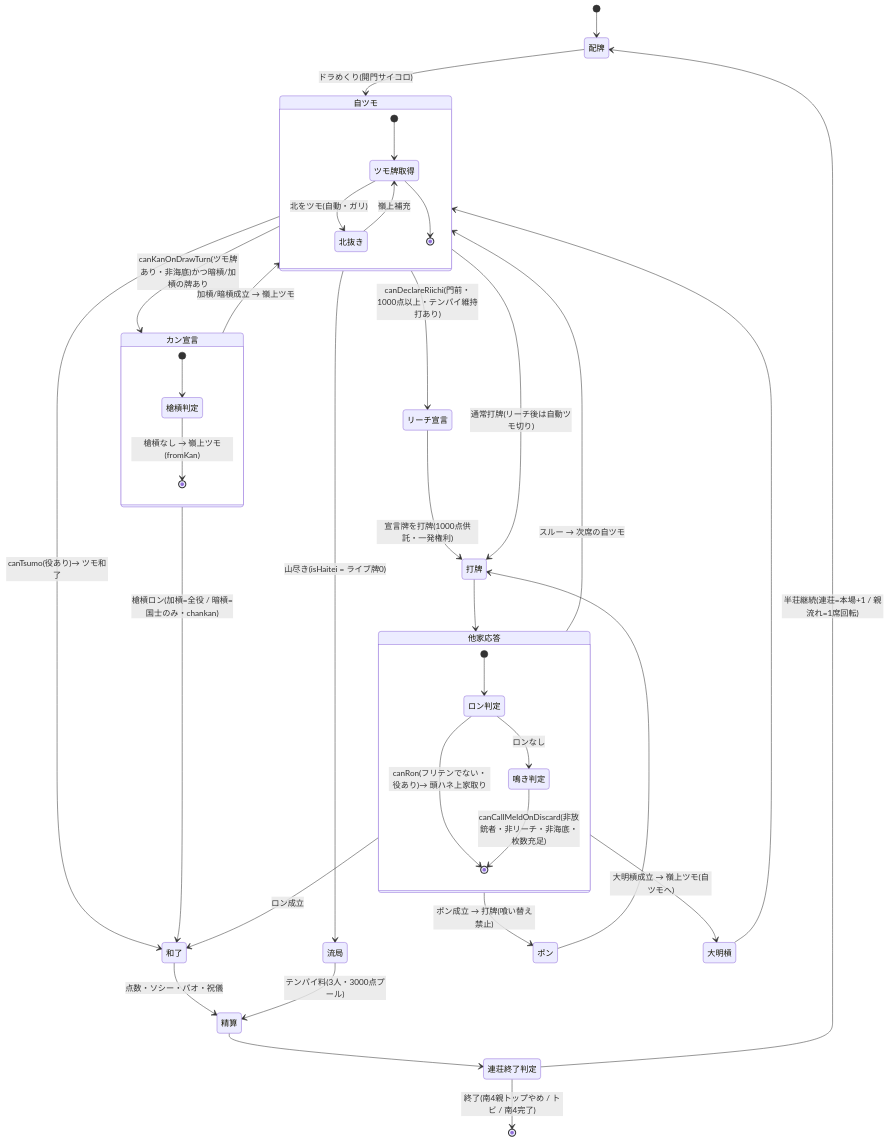
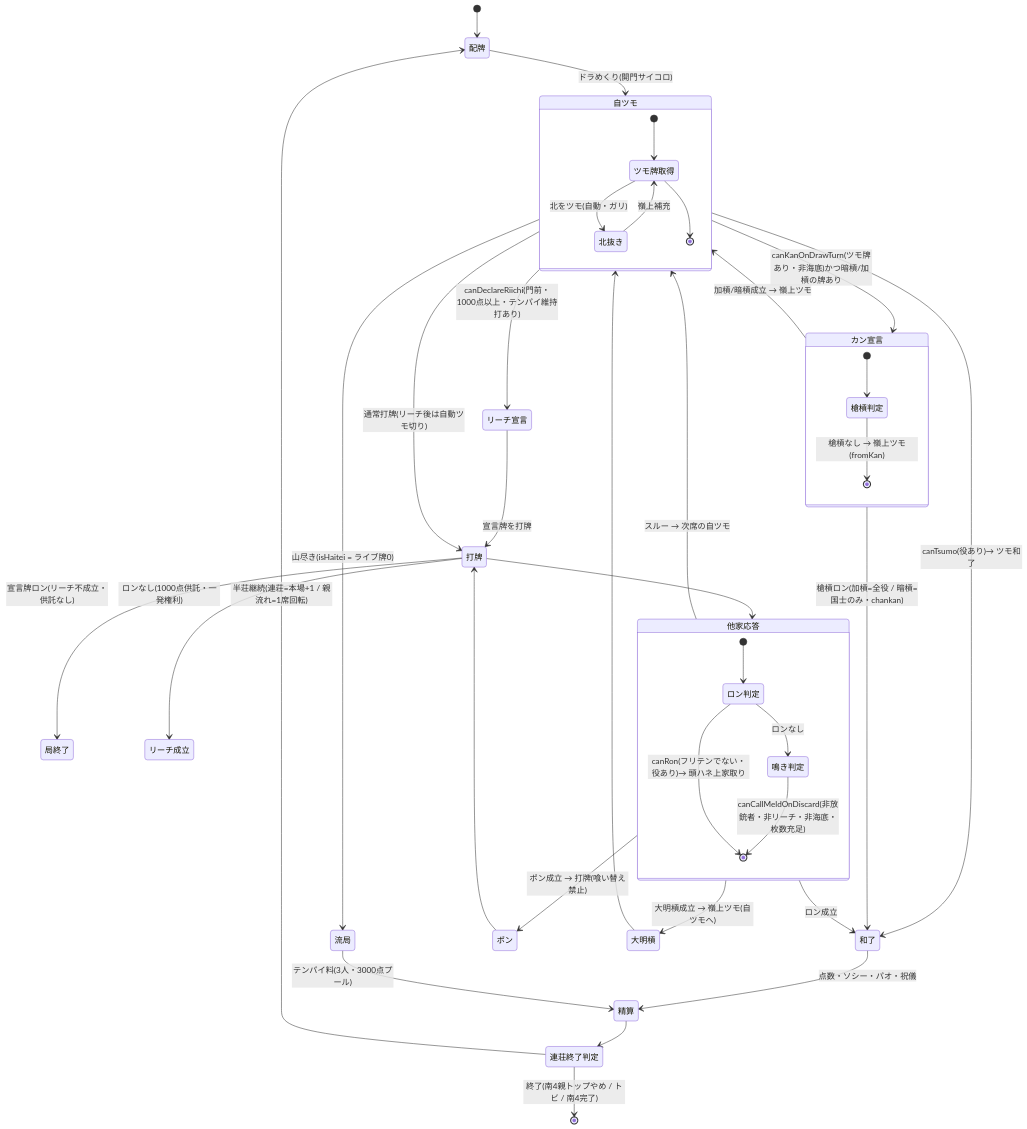
One commit to AutoDevJapan/FourBrosMahjong changed the second of 2 diagrams in documents/spec/game-flow.md. Above: the diagram before and after it, drawn with Mermaid. The commit also changed 4 other files, not shown here.

````diff
--- a/documents/spec/game-flow.md
+++ b/documents/spec/game-flow.md
@@ -38,46 +38,48 @@
 ```mermaid
 stateDiagram-v2
     [*] --> 配牌
     配牌 --> 自ツモ: ドラめくり(開門サイコロ)
 
     state 自ツモ {
         [*] --> ツモ牌取得
         ツモ牌取得 --> 北抜き: 北をツモ(自動・ガリ)
         北抜き --> ツモ牌取得: 嶺上補充
         ツモ牌取得 --> [*]
     }
 
     自ツモ --> 流局: 山尽き(isHaitei = ライブ牌0)
     自ツモ --> 和了: canTsumo(役あり)→ ツモ和了
     自ツモ --> リーチ宣言: canDeclareRiichi(門前・1000点以上・テンパイ維持打あり)
     自ツモ --> カン宣言: canKanOnDrawTurn(ツモ牌あり・非海底)かつ暗槓/加槓の牌あり
     自ツモ --> 打牌: 通常打牌(リーチ後は自動ツモ切り)
-    リーチ宣言 --> 打牌: 宣言牌を打牌(1000点供託・一発権利)
+    リーチ宣言 --> 打牌: 宣言牌を打牌
+    打牌 --> 局終了: 宣言牌ロン(リーチ不成立・供託なし)
+    打牌 --> リーチ成立: ロンなし(1000点供託・一発権利)
 
     state カン宣言 {
         [*] --> 槍槓判定
         槍槓判定 --> [*]: 槍槓なし → 嶺上ツモ(fromKan)
     }
     カン宣言 --> 自ツモ: 加槓/暗槓成立 → 嶺上ツモ
     カン宣言 --> 和了: 槍槓ロン(加槓=全役 / 暗槓=国士のみ・chankan)
 
     打牌 --> 他家応答
     state 他家応答 {
         [*] --> ロン判定
         ロン判定 --> [*]: canRon(フリテンでない・役あり)→ 頭ハネ上家取り
         ロン判定 --> 鳴き判定: ロンなし
         鳴き判定 --> [*]: canCallMeldOnDiscard(非放銃者・非リーチ・非海底・枚数充足)
     }
     他家応答 --> 和了: ロン成立
     他家応答 --> ポン: ポン成立 → 打牌(喰い替え禁止)
     他家応答 --> 大明槓: 大明槓成立 → 嶺上ツモ(自ツモへ)
     他家応答 --> 自ツモ: スルー → 次席の自ツモ
     ポン --> 打牌
     大明槓 --> 自ツモ
 
     和了 --> 精算: 点数・ソシー・パオ・祝儀
     流局 --> 精算: テンパイ料(3人・3000点プール)
     精算 --> 連荘終了判定
     連荘終了判定 --> 配牌: 半荘継続(連荘=本場+1 / 親流れ=1席回転)
     連荘終了判定 --> [*]: 終了(南4親トップやめ / トビ / 南4完了)
 ```
````
